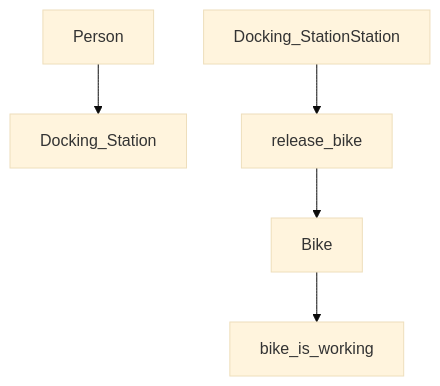
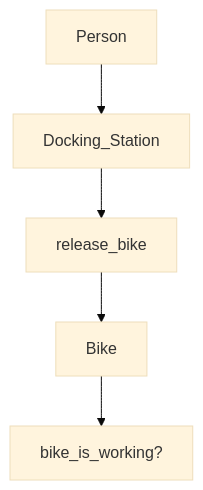
The diagram in README.md (baljitrakhra/boris-bikes), drawn with Mermaid (base theme) before and after one commit. The commit also changed other lines of this file, not shown here.

Commit message:
Updated diagram

````diff
--- a/README.md
+++ b/README.md
@@ -39,7 +35,7 @@
 ```mermaid
 graph TD;
     Person-->Docking_Station;
-    Docking_StationStation -->release_bike;
+    Docking_Station -->release_bike;
     release_bike -->Bike;
-    Bike -->bike_is_working;
+    Bike -->bike_is_working?;
 ```
````
